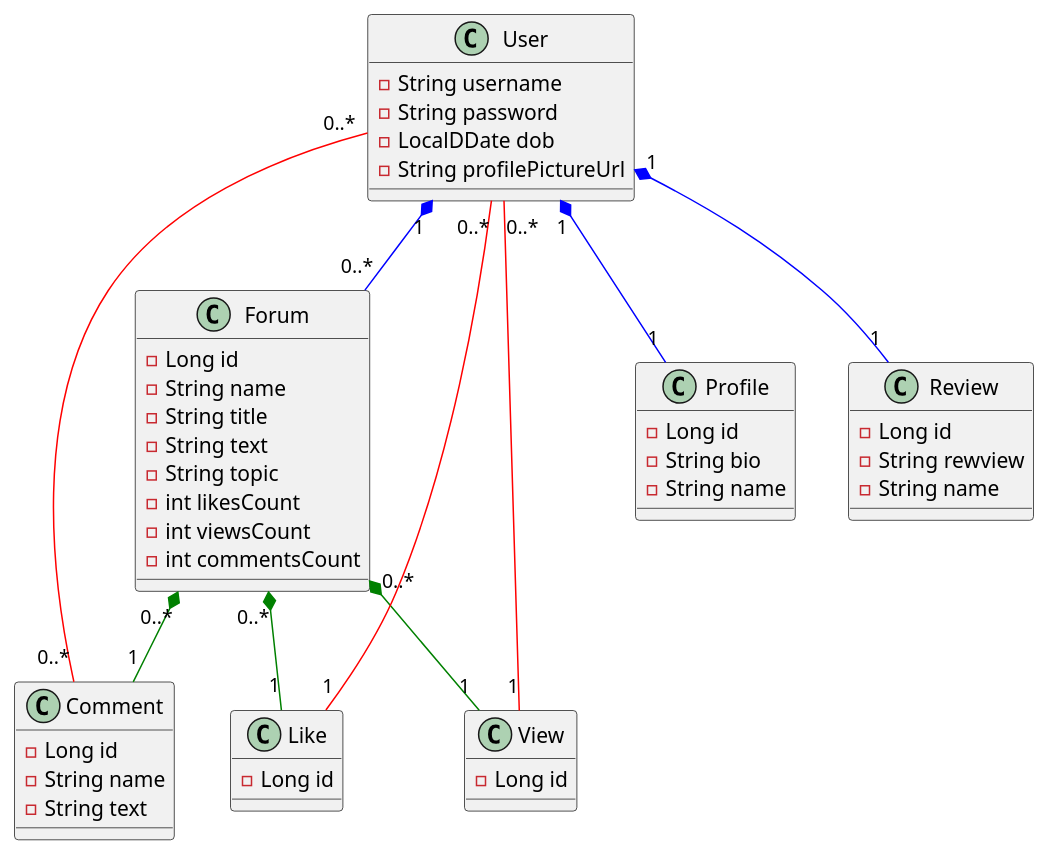
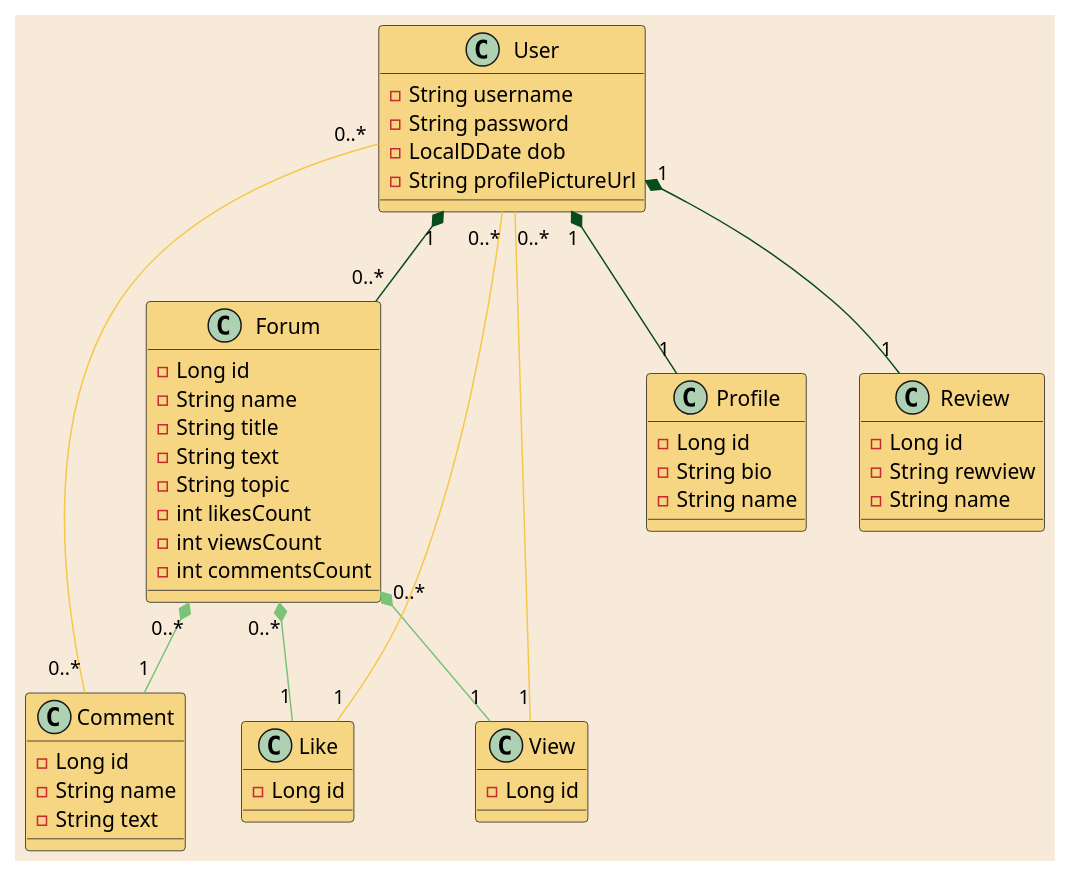
Before and after one commit to TamaraDeBeer/Backend-AutiWomen: the diagram in src/main/resources/ClassDiagram.puml, drawn with PlantUML.

Commit message:
styling voot klassendiagram aangepast

```diff
--- a/src/main/resources/ClassDiagram.puml
+++ b/src/main/resources/ClassDiagram.puml
@@ -1,64 +1,69 @@
 @startuml
 'https://plantuml.com/class-diagram
 
-class Forum {
+skinparam {
+    BackgroundColor #F8EAD9
+    BorderColor #F8EAD9
+}
+
+class Forum #F5C84C99 {
     - Long id
     - String name
     - String title
     - String text
     - String topic
     - int likesCount
     - int viewsCount
     - int commentsCount
     }
 
-class Comment{
+class Comment #F5C84C99 {
     - Long id
     - String name
     - String text
     }
 
-class Like {
+class Like #F5C84C99 {
     - Long id
     }
 
-class View {
+class View #F5C84C99 {
     - Long id
     }
 
-class User {
+class User #F5C84C99 {
     - String username
     - String password
     - LocalDDate dob
     - String profilePictureUrl
 }
 
-class Profile {
+class Profile #F5C84C99 {
     - Long id
     - String bio
     - String name
 }
 
-class Review {
+class Review #F5C84C99 {
     - Long id
     - String rewview
     - String name
 }
 
-User "1" *--[#blue] "1" Profile
-User "1" *--[#blue] "1" Review
-User "1" *--[#blue] "0..*" Forum
+User "1" *--[#064D1A] "1" Profile
+User "1" *--[#064D1A] "1" Review
+User "1" *--[#064D1A] "0..*" Forum
 
-Forum "0..*" *--[#green] "1" Comment
-Forum "0..*" *--[#green] "1" Like
-Forum "0..*" *--[#green] "1" View
+Forum "0..*" *--[#7AC37A] "1" Comment
+Forum "0..*" *--[#7AC37A] "1" Like
+Forum "0..*" *--[#7AC37A] "1" View
 
-User "0..*" --[#red] "0..*" Comment
-User "0..*" --[#red] "1" Like
-User "0..*" --[#red] "1" View
+User "0..*" --[#F5C84C] "0..*" Comment
+User "0..*" --[#F5C84C] "1" Like
+User "0..*" --[#F5C84C] "1" View
 
 'Comment "1" *--[#purple] "1" User
 'Like "1" *--[#purple] "1" User
 'View "1" *--[#purple] "1" User
 
 @enduml
```
